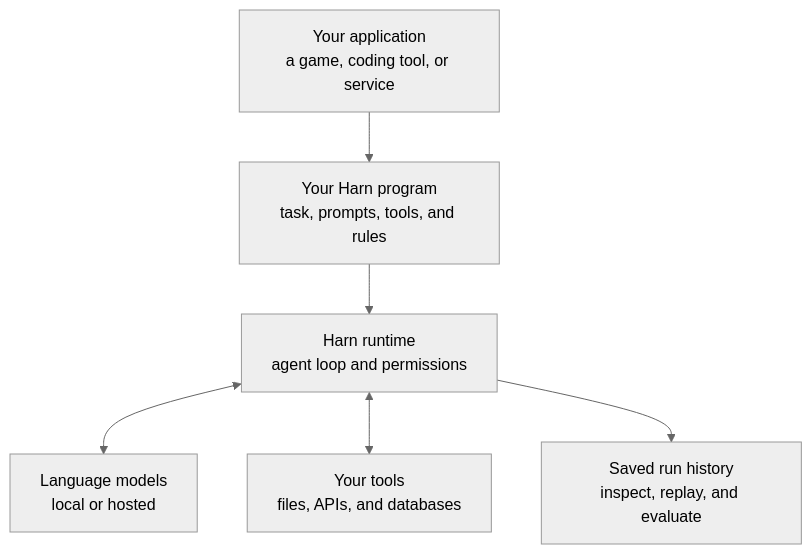
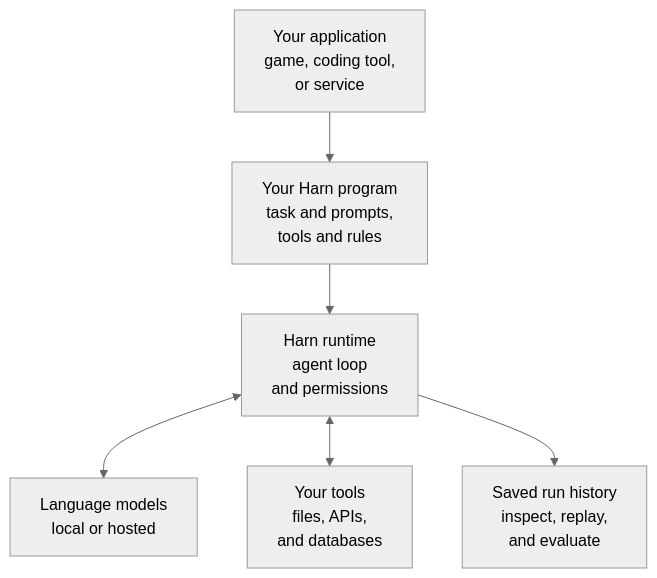
Before and after one commit to burin-labs/harn: the diagram in README.md, drawn with Mermaid (neutral theme). The commit also changed other lines of this file, not shown here.

Commit message:
[Docs] Keep README diagram labels readable

````diff
--- a/README.md
+++ b/README.md
@@ -22,16 +22,16 @@
 ```mermaid
 flowchart TD
     accTitle: How Harn connects an application to models and tools
     accDescr: Your application supplies a Harn program. The runtime exchanges requests and results with models and tools and saves the run history.
-    App["Your application<br/>a game, coding tool, or service"]
-    Program["Your Harn program<br/>task, prompts, tools, and rules"]
-    Runtime["Harn runtime<br/>agent loop and permissions"]
+    App["Your application<br/>game, coding tool,<br/>or service"]
+    Program["Your Harn program<br/>task and prompts,<br/>tools and rules"]
+    Runtime["Harn runtime<br/>agent loop<br/>and permissions"]
     Models["Language models<br/>local or hosted"]
-    Tools["Your tools<br/>files, APIs, and databases"]
-    History["Saved run history<br/>inspect, replay, and evaluate"]
+    Tools["Your tools<br/>files, APIs,<br/>and databases"]
+    History["Saved run history<br/>inspect, replay,<br/>and evaluate"]
     App --> Program
     Program --> Runtime
     Runtime <--> Models
     Runtime <--> Tools
     Runtime --> History
 ```
````
